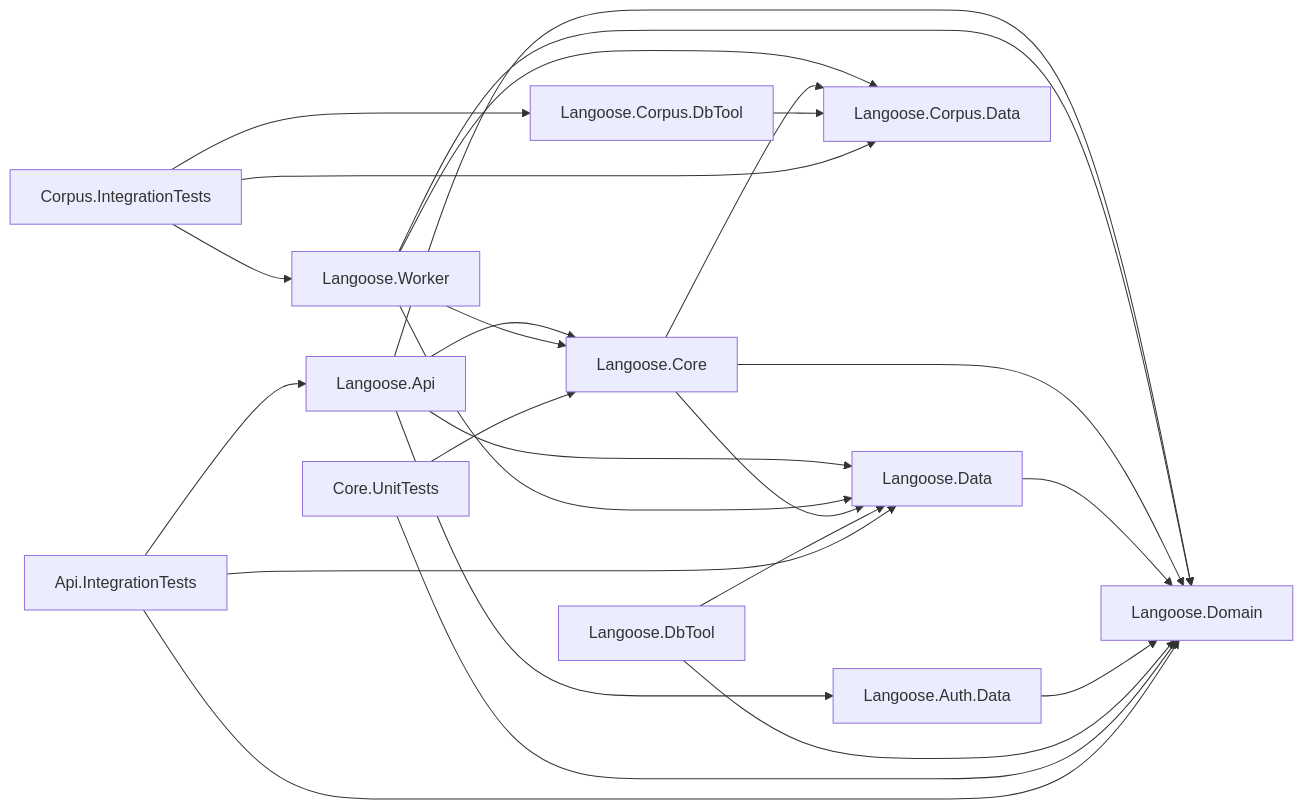
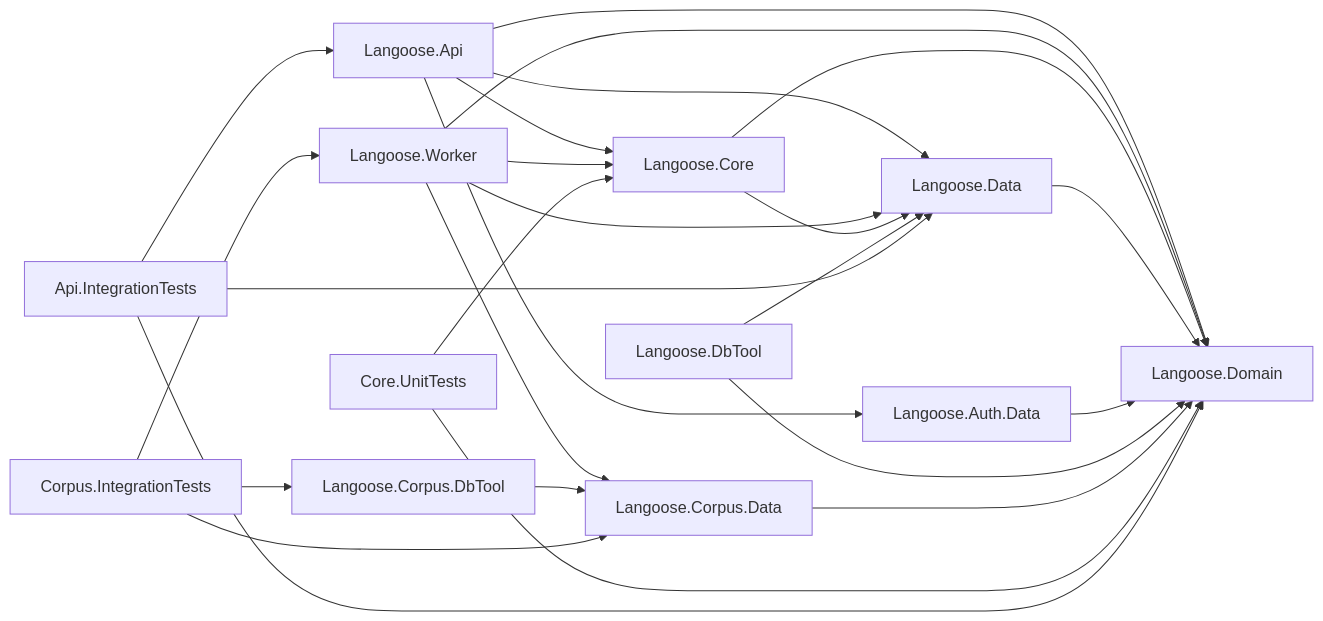
One commit to altav1sta/langoose changed the diagram in docs/agent/architecture.md. Above: the diagram before and after it, drawn with Mermaid. The commit also changed other lines of this file and 32 other files, not shown here.

First line of the commit message:
fix(dictionary): simplify import abstraction and add Corpus.Data to Dockerfiles (#105)

````diff
--- a/docs/agent/architecture.md
+++ b/docs/agent/architecture.md
@@ -8,28 +8,27 @@
 ```mermaid
 flowchart LR
   Api["Langoose.Api"] --> Core["Langoose.Core"]
   Api --> Domain["Langoose.Domain"]
   Api --> Data["Langoose.Data"]
   Api --> AuthData["Langoose.Auth.Data"]
   Worker["Langoose.Worker"] --> Core
   Worker --> Domain
   Worker --> Data
   Worker --> CorpusData
   Core --> Domain
   Core --> Data
-  Core --> CorpusData
   Data --> Domain
   AuthData --> Domain
   DbTool["Langoose.DbTool"] --> Data
   DbTool --> Domain
-  CorpusData["Langoose.Corpus.Data"]
+  CorpusData["Langoose.Corpus.Data"] --> Domain
   CorpusDbTool["Langoose.Corpus.DbTool"] --> CorpusData
   UnitTests["Core.UnitTests"] --> Core
   UnitTests --> Domain
   IntTests["Api.IntegrationTests"] --> Api
   IntTests --> Data
   IntTests --> Domain
   CorpusIntTests["Corpus.IntegrationTests"] --> CorpusDbTool
   CorpusIntTests --> CorpusData
   CorpusIntTests --> Worker
 ```
````
